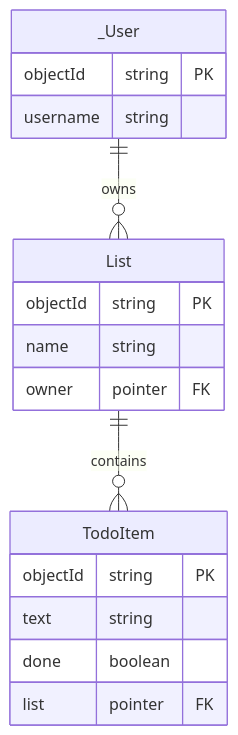
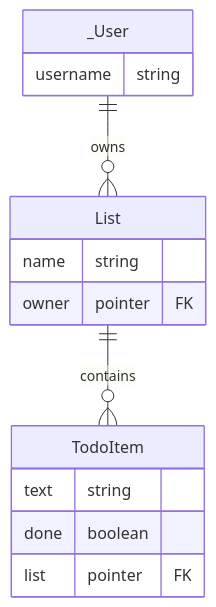
One commit to itu-tid/itu-tid.github.io changed the first of 3 diagrams in Lectures/Technical/Backend/Relationships-Between-Object-Classes.md. Above: the diagram before and after it, drawn with Mermaid. The commit also changed other lines of this file and 6 other files, not shown here.

````diff
--- a/Lectures/Technical/Backend/Relationships-Between-Object-Classes.md
+++ b/Lectures/Technical/Backend/Relationships-Between-Object-Classes.md
@@ -102,20 +102,17 @@
 ```mermaid
 erDiagram
     _User ||--o{ List : owns
     List ||--o{ TodoItem : contains
     _User {
-        objectId string PK
         username string
     }
     List {
-        objectId string PK
         name     string
         owner    pointer FK
     }
     TodoItem {
-        objectId string  PK
         text     string
         done     boolean
         list     pointer FK
     }
 ```
````
